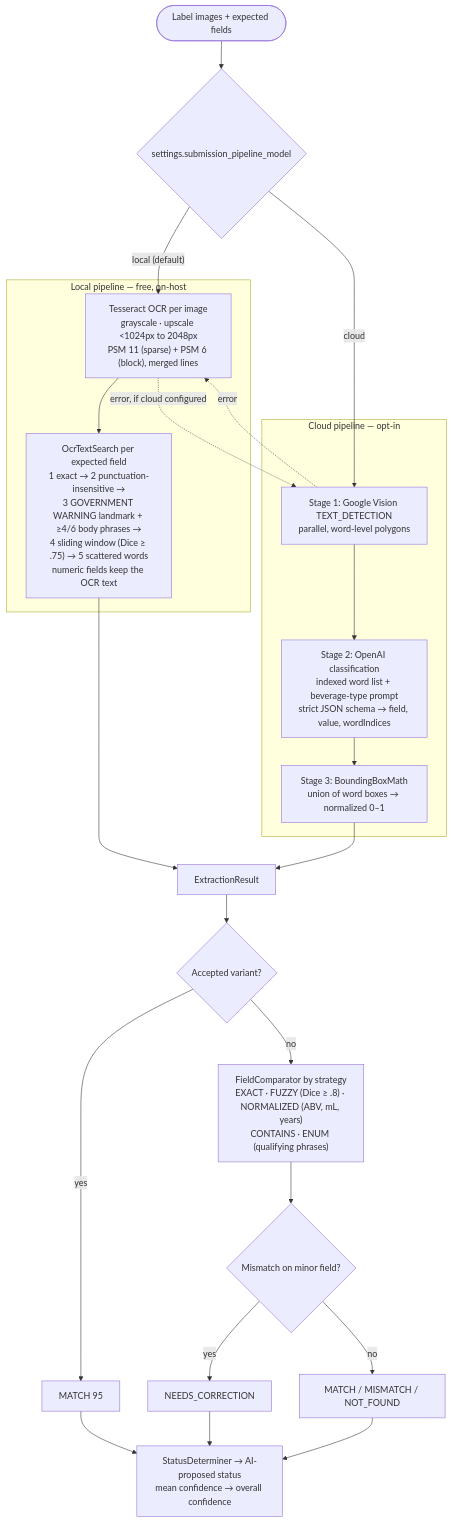
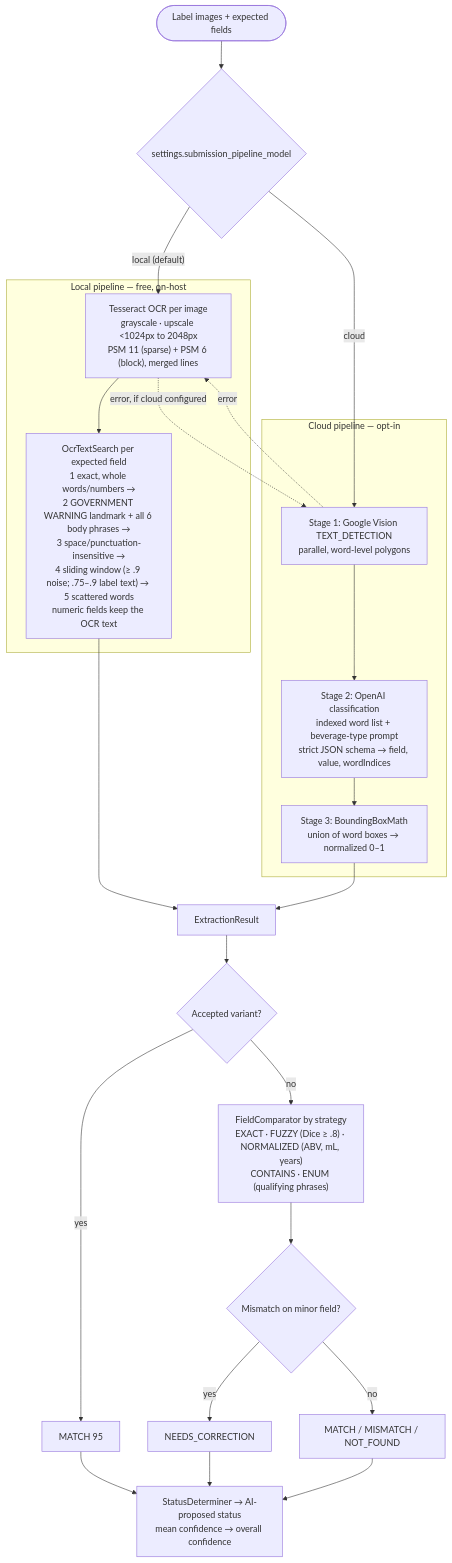
One commit to vin4kalyani-sudo/alc_label_verification changed the diagram in docs/diagrams/05-ai-pipeline.mmd. Above: the diagram before and after it, drawn with Mermaid. The commit also changed 15 other files, not shown here.

```diff
--- a/docs/diagrams/05-ai-pipeline.mmd
+++ b/docs/diagrams/05-ai-pipeline.mmd
@@ -1,33 +1,33 @@
 %% Extraction pipelines and field comparison
 flowchart TB
     start(["Label images + expected fields"]) --> setting{"settings.submission_pipeline_model"}
     setting -- "local (default)" --> L1
     setting -- "cloud" --> C1
 
     subgraph local["Local pipeline — free, on-host"]
         L1["Tesseract OCR per image<br/>grayscale · upscale &lt;1024px to 2048px<br/>PSM 11 (sparse) + PSM 6 (block), merged lines"]
-        L2["OcrTextSearch per expected field<br/>1 exact → 2 punctuation-insensitive →<br/>3 GOVERNMENT WARNING landmark + ≥4/6 body phrases →<br/>4 sliding window (Dice ≥ .75) → 5 scattered words<br/>numeric fields keep the OCR text"]
+        L2["OcrTextSearch per expected field<br/>1 exact, whole words/numbers →<br/>2 GOVERNMENT WARNING landmark + all 6 body phrases →<br/>3 space/punctuation-insensitive →<br/>4 sliding window (≥ .9 noise; .75–.9 label text) → 5 scattered words<br/>numeric fields keep the OCR text"]
         L1 --> L2
     end
 
     subgraph cloud["Cloud pipeline — opt-in"]
         C1["Stage 1: Google Vision TEXT_DETECTION<br/>parallel, word-level polygons"]
         C2["Stage 2: OpenAI classification<br/>indexed word list + beverage-type prompt<br/>strict JSON schema → field, value, wordIndices"]
         C3["Stage 3: BoundingBoxMath<br/>union of word boxes → normalized 0–1"]
         C1 --> C2 --> C3
     end
 
     L2 --> R["ExtractionResult"]
     C3 --> R
     C1 -. "error" .-> L1
     L1 -. "error, if cloud configured" .-> C1
 
     R --> V{"Accepted variant?"}
     V -- yes --> M["MATCH 95"]
     V -- no --> FC["FieldComparator by strategy<br/>EXACT · FUZZY (Dice ≥ .8) · NORMALIZED (ABV, mL, years)<br/>CONTAINS · ENUM (qualifying phrases)"]
     FC --> MI{"Mismatch on minor field?"}
     MI -- yes --> NC["NEEDS_CORRECTION"]
     MI -- no --> ST["MATCH / MISMATCH / NOT_FOUND"]
     M --> SD
     NC --> SD
     ST --> SD["StatusDeterminer → AI-proposed status<br/>mean confidence → overall confidence"]
```
